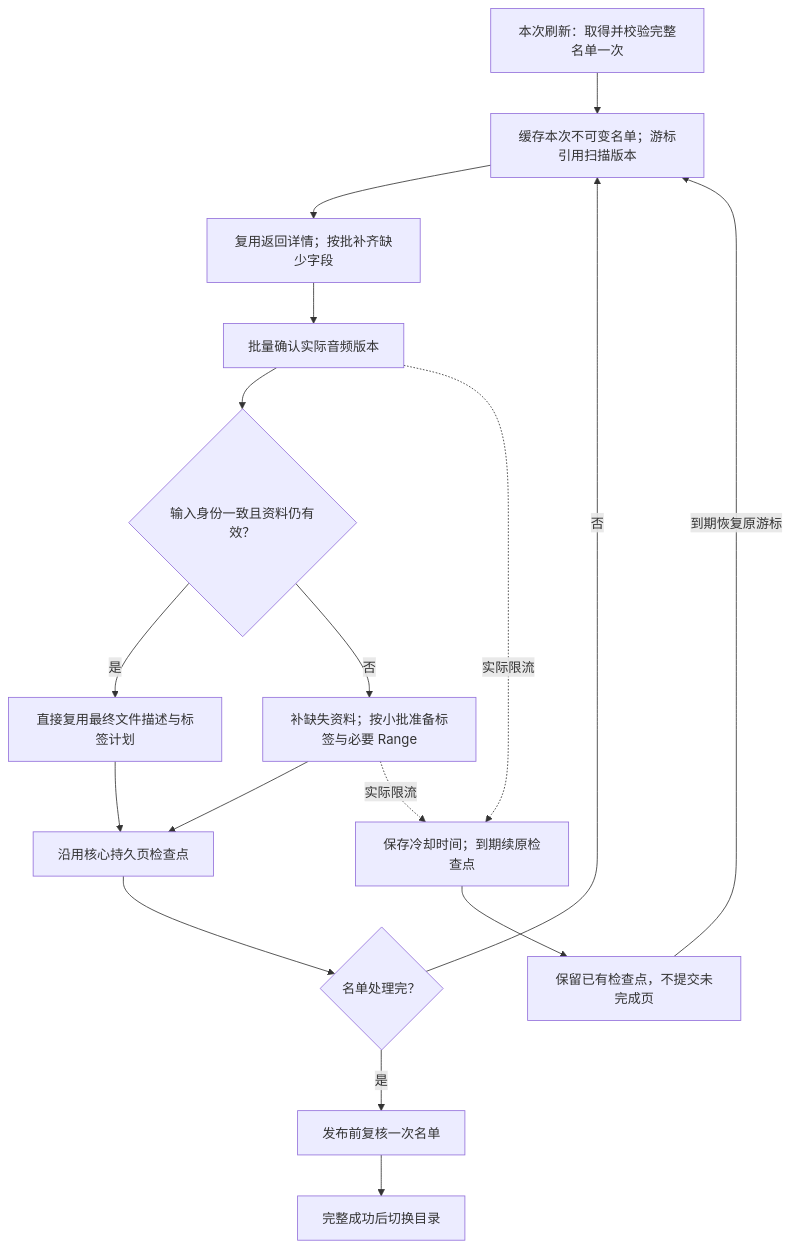
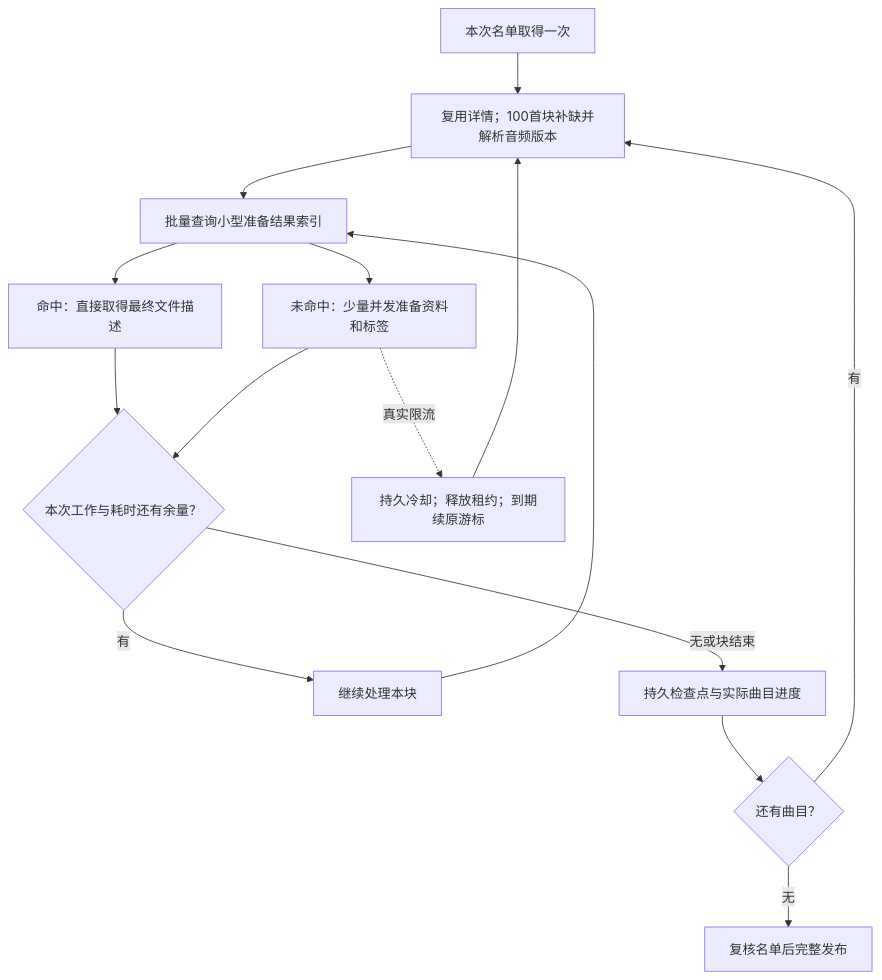
Before and after one commit to shengyusi-SYS/musicfs: the diagram in docs/architecture/refresh-performance.md, drawn with Mermaid. The commit also changed other lines of this file and 56 other files, not shown here.

````diff
--- a/docs/architecture/refresh-performance.md
+++ b/docs/architecture/refresh-performance.md
@@ -79,19 +42,17 @@
 ```mermaid
 flowchart TD
-  Start[本次刷新：取得并校验完整名单一次] --> Scan[缓存本次不可变名单；游标引用扫描版本]
-  Scan --> Batch[复用返回详情；按批补齐缺少字段]
-  Batch --> Media[批量确认实际音频版本]
-  Media --> Lookup{输入身份一致且资料仍有效？}
-  Lookup -->|是| Reuse[直接复用最终文件描述与标签计划]
-  Lookup -->|否| Prepare[补缺失资料；按小批准备标签与必要 Range]
-  Reuse --> Save[沿用核心持久页检查点]
-  Prepare --> Save
-  Save --> More{名单处理完？}
-  More -->|否| Scan
-  More -->|是| Check[发布前复核一次名单]
-  Check --> Publish[完整成功后切换目录]
-  Media -.实际限流.-> Wait[保存冷却时间；到期续原检查点]
-  Prepare -.实际限流.-> Wait
-  Wait --> SaveWait[保留已有检查点，不提交未完成页]
-  SaveWait -->|到期恢复原游标| Scan
+  Begin[本次名单取得一次] --> Batch[复用详情；100首块补缺并解析音频版本]
+  Batch --> Lookup[批量查询小型准备结果索引]
+  Lookup --> Warm[命中：直接取得最终文件描述]
+  Lookup --> Cold[未命中：少量并发准备资料和标签]
+  Warm --> Budget{本次工作与耗时还有余量？}
+  Cold --> Budget
+  Budget -->|有| More[继续处理本块]
+  More --> Lookup
+  Budget -->|无或块结束| Save[持久检查点与实际曲目进度]
+  Save --> Next{还有曲目？}
+  Next -->|有| Batch
+  Next -->|无| Verify[复核名单后完整发布]
+  Cold -.真实限流.-> Wait[持久冷却；释放租约；到期续原游标]
+  Wait --> Batch
 ```
````
